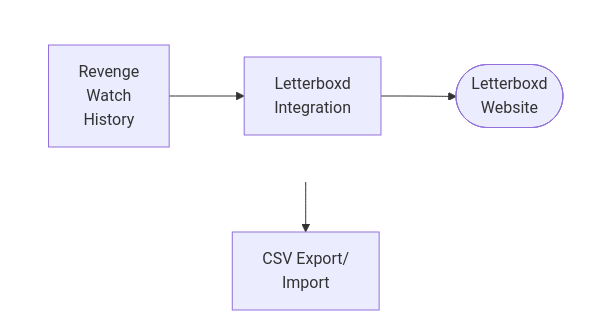
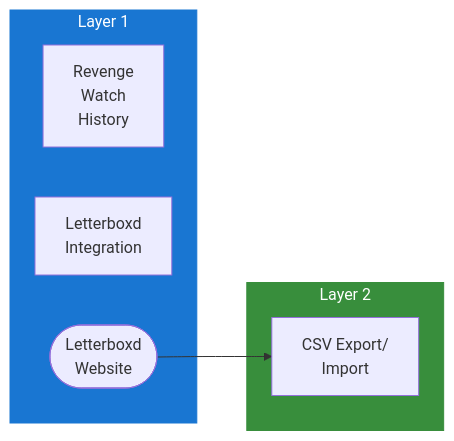
One commit to lusoris/revenge changed the diagram in docs/dev/design/integrations/scrobbling/LETTERBOXD.md. Above: the diagram before and after it, drawn with Mermaid. The commit also changed 215 other files, not shown here.

First line of the commit message:
feat(diagrams): convert all ASCII diagrams to Mermaid with LR subgraphs

````diff
--- a/docs/dev/design/integrations/scrobbling/LETTERBOXD.md
+++ b/docs/dev/design/integrations/scrobbling/LETTERBOXD.md
@@ -57,16 +57,19 @@
 ```mermaid
-flowchart TD
-    subgraph row1[ ]
-        direction LR
+flowchart LR
+    subgraph Layer1["Layer 1"]
         node1["Revenge<br/>Watch<br/>History"]
         node2["Letterboxd<br/>Integration"]
         node3(["Letterboxd<br/>Website"])
     end
-    node4["CSV Export/<br/>Import"]
-    node1 --> node2
-    node2 --> node3
+
+    subgraph Layer2["Layer 2"]
+        node4["CSV Export/<br/>Import"]
+    end
+
+    %% Connections
     node3 --> node4
 
-    %% Hide row subgraph borders
-    style row1 fill:transparent,stroke:transparent
+    %% Styling
+    style Layer1 fill:#1976D2,stroke:#1976D2,color:#fff
+    style Layer2 fill:#388E3C,stroke:#388E3C,color:#fff
 ```
````
